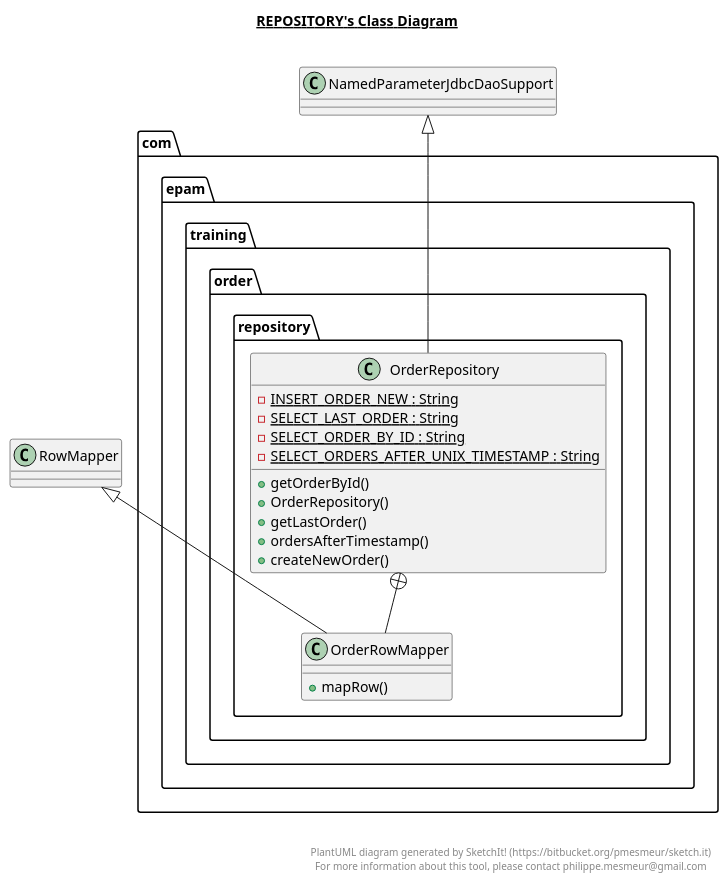
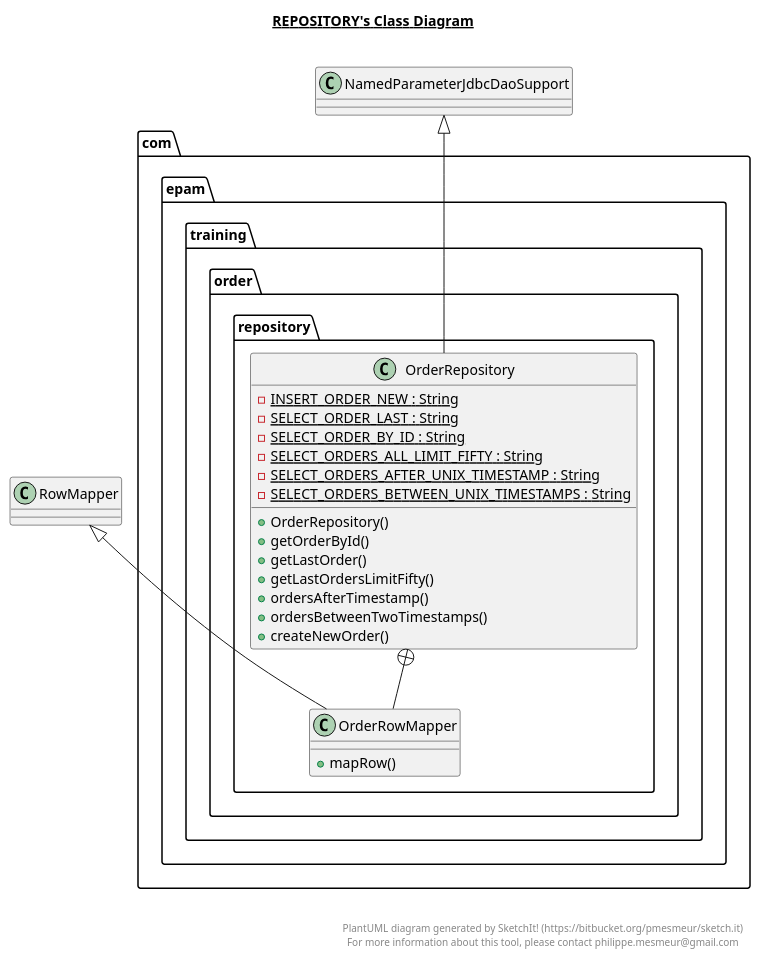
One commit to nik-nenkov/tutoring-rest-api-with-java changed the diagram in src/main/java/com/epam/training/order/repository/repository.plantuml. Above: the diagram before and after it, drawn with PlantUML. The commit also changed 28 other files, not shown here.

```diff
--- a/src/main/java/com/epam/training/order/repository/repository.plantuml
+++ b/src/main/java/com/epam/training/order/repository/repository.plantuml
@@ -1,43 +1,47 @@
 @startuml
 
 title __REPOSITORY's Class Diagram__\n
 
   package com.epam.training.order {
     package com.epam.training.order.repository {
       class OrderRepository {
           {static} - INSERT_ORDER_NEW : String
-          {static} - SELECT_LAST_ORDER : String
+          {static} - SELECT_ORDER_LAST : String
           {static} - SELECT_ORDER_BY_ID : String
+          {static} - SELECT_ORDERS_ALL_LIMIT_FIFTY : String
           {static} - SELECT_ORDERS_AFTER_UNIX_TIMESTAMP : String
+          {static} - SELECT_ORDERS_BETWEEN_UNIX_TIMESTAMPS : String
+          + OrderRepository()
           + getOrderById()
-          + OrderRepository()
           + getLastOrder()
+          + getLastOrdersLimitFifty()
           + ordersAfterTimestamp()
+          + ordersBetweenTwoTimestamps()
           + createNewOrder()
       }
     }
   }
   
 
   package com.epam.training.order {
     package com.epam.training.order.repository {
       class OrderRowMapper {
           + mapRow()
       }
     }
   }
   
 
   OrderRepository -up-|> NamedParameterJdbcDaoSupport
   OrderRepository +-down- OrderRowMapper
   OrderRowMapper -up-|> RowMapper
 
 
 right footer
 
 
 PlantUML diagram generated by SketchIt! (https://bitbucket.org/pmesmeur/sketch.it)
 For more information about this tool, please contact philippe.mesmeur@gmail.com
 endfooter
 
 @enduml
```
